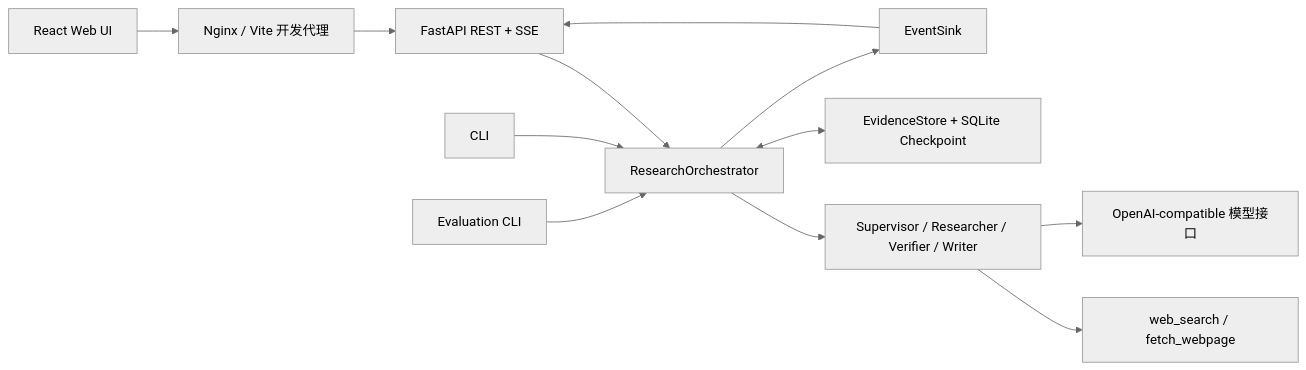
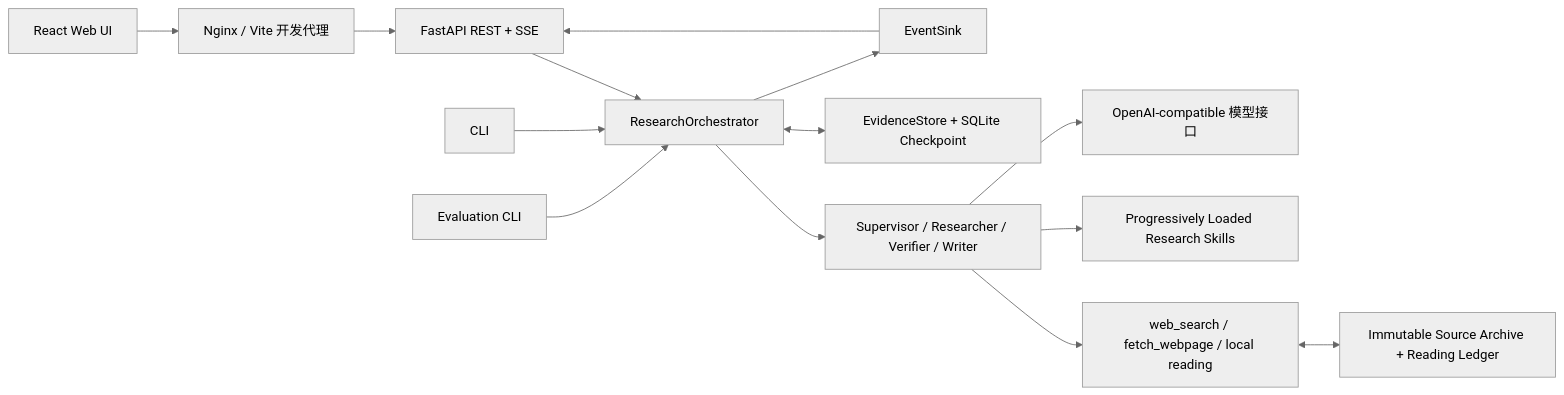
One commit to The26Num/DeepResearchAgent changed the first of 2 diagrams in README.md. Above: the diagram before and after it, drawn with Mermaid (neutral theme). The commit also changed other lines of this file and 53 other files, not shown here.

````diff
--- a/README.md
+++ b/README.md
@@ -28,14 +30,16 @@
 ```mermaid
 flowchart LR
     Browser[React Web UI] --> Proxy[Nginx / Vite 开发代理]
     Proxy --> API[FastAPI REST + SSE]
     CLI[CLI] --> Pipeline[ResearchOrchestrator]
     API --> Pipeline
     Eval[Evaluation CLI] --> Pipeline
     Pipeline --> Agents[Supervisor / Researcher / Verifier / Writer]
-    Agents --> Tools[web_search / fetch_webpage]
+    Agents --> Tools[web_search / fetch_webpage / local reading]
+    Tools <--> Archive[Immutable Source Archive + Reading Ledger]
+    Agents --> Skills[Progressively Loaded Research Skills]
     Agents --> Models[OpenAI-compatible 模型接口]
     Pipeline <--> Store[EvidenceStore + SQLite Checkpoint]
     Pipeline --> Sink[EventSink]
     Sink --> API
 ```
````
